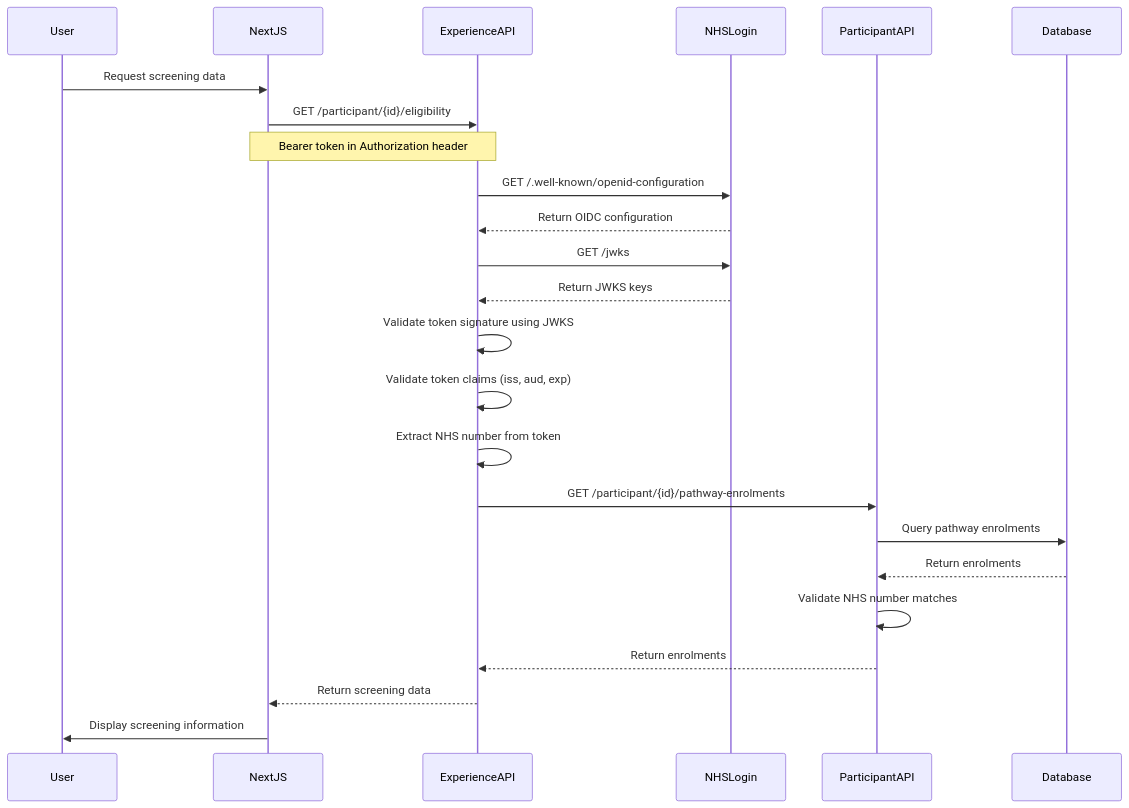
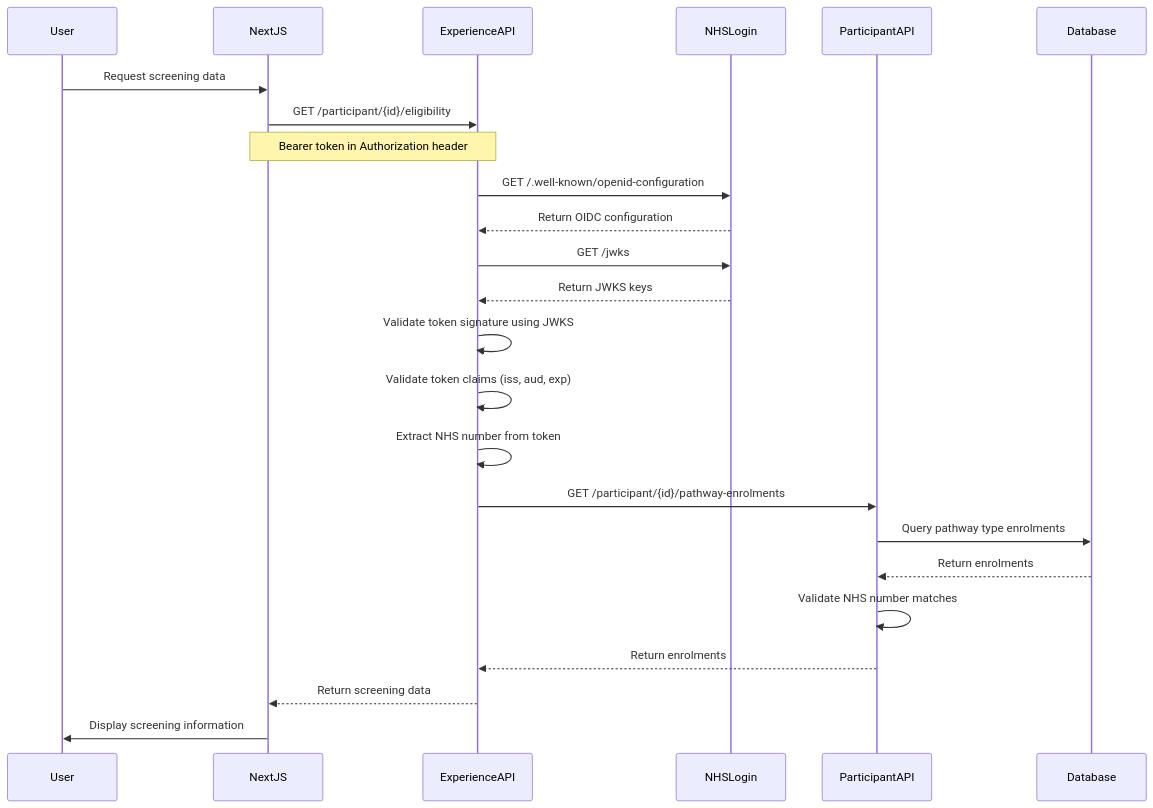
One commit to NHSDigital/dtos-participant-manager changed the third of 3 diagrams in docs/solution-design/Solution_design.md. Above: the diagram before and after it, drawn with Mermaid. The commit also changed 14 other files, not shown here.

Commit message:
fix: refer to pathway type enrolments consistently

````diff
--- a/docs/solution-design/Solution_design.md
+++ b/docs/solution-design/Solution_design.md
@@ -134,30 +134,30 @@
 ```mermaid
 sequenceDiagram
     participant User
     participant NextJS
     participant ExperienceAPI
     participant NHSLogin
     participant ParticipantAPI
     participant Database
 
     User->>NextJS: Request screening data
     NextJS->>ExperienceAPI: GET /participant/{id}/eligibility
     Note over NextJS,ExperienceAPI: Bearer token in Authorization header
 
     ExperienceAPI->>NHSLogin: GET /.well-known/openid-configuration
     NHSLogin-->>ExperienceAPI: Return OIDC configuration
     ExperienceAPI->>NHSLogin: GET /jwks
     NHSLogin-->>ExperienceAPI: Return JWKS keys
     ExperienceAPI->>ExperienceAPI: Validate token signature using JWKS
     ExperienceAPI->>ExperienceAPI: Validate token claims (iss, aud, exp)
     ExperienceAPI->>ExperienceAPI: Extract NHS number from token
 
     ExperienceAPI->>ParticipantAPI: GET /participant/{id}/pathway-enrolments
-    ParticipantAPI->>Database: Query pathway enrolments
+    ParticipantAPI->>Database: Query pathway type enrolments
     Database-->>ParticipantAPI: Return enrolments
     ParticipantAPI->>ParticipantAPI: Validate NHS number matches
     ParticipantAPI-->>ExperienceAPI: Return enrolments
     ExperienceAPI-->>NextJS: Return screening data
     NextJS->>User: Display screening information
 
 ```
````
